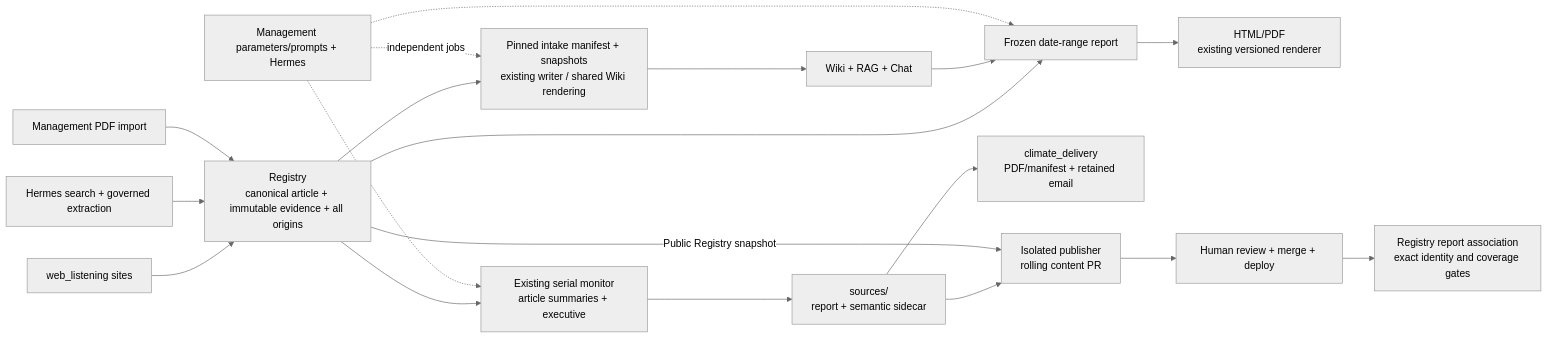
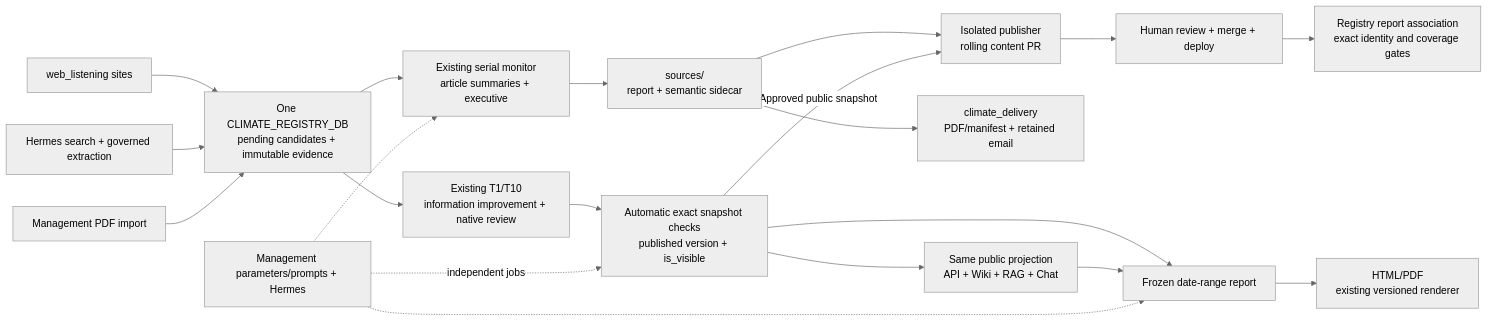
Before and after one commit to ferryhe/climate_monitor_wiki: the first of 2 diagrams in README.md, drawn with Mermaid (neutral theme). The commit also changed other lines of this file and 319 other files, not shown here.

Commit message:
Unify Registry writers and approved public snapshots

````diff
--- a/README.md
+++ b/README.md
@@ -198,21 +216,22 @@
 ```mermaid
 flowchart LR
     A["web_listening sites"] --> R
     B["Hermes search + governed extraction"] --> R
     P["Management PDF import"] --> R
-    R["Registry<br/>canonical article + immutable evidence + all origins"] --> K
-    K["Pinned intake manifest + snapshots<br/>existing writer / shared Wiki rendering"] --> C["Wiki + RAG + Chat"]
-    R --> Q["Frozen date-range report"]
+    R["One CLIMATE_REGISTRY_DB<br/>pending candidates + immutable evidence"] --> I["Existing T1/T10<br/>information improvement + native review"]
+    I --> K["Automatic exact snapshot checks<br/>published version + is_visible"]
+    K --> C["Same public projection<br/>API + Wiki + RAG + Chat"]
+    K --> Q["Frozen date-range report"]
     C --> Q
     Q --> F["HTML/PDF<br/>existing versioned renderer"]
     R --> M["Existing serial monitor<br/>article summaries + executive"]
     M --> S["sources/<br/>report + semantic sidecar"]
     S --> E["climate_delivery<br/>PDF/manifest + retained email"]
     S --> G["Isolated publisher<br/>rolling content PR"]
-    R -->|Public Registry snapshot| G
+    K -->|Approved public snapshot| G
     G --> D["Human review + merge + deploy"]
     D --> V["Registry report association<br/>exact identity and coverage gates"]
     H["Management parameters/prompts + Hermes"] -. "independent jobs" .-> K
     H -.-> M
     H -.-> Q
 ```
````
